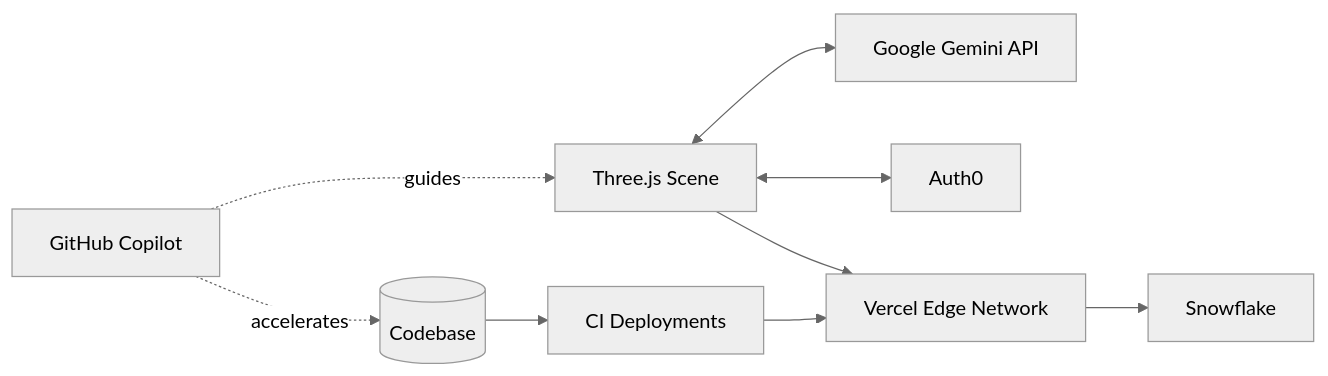
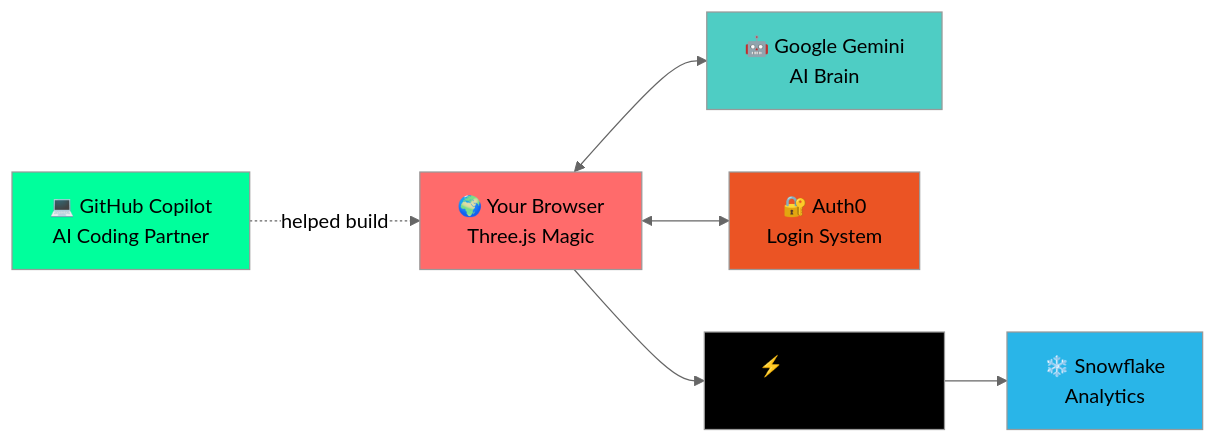
The diagram in README.md (Dronzer2code/solarXplorer), drawn with Mermaid (neutral theme) before and after one commit. The commit also changed other lines of this file, not shown here.

````diff
--- a/README.md
+++ b/README.md
@@ -160,11 +299,22 @@
 ```mermaid
 flowchart LR
-    Browser[Three.js Scene]<-->Gemini[Google Gemini API]
+    Browser[🌍 Your Browser<br/>Three.js Magic]
+    Gemini[🤖 Google Gemini<br/>AI Brain]
+    Auth0[🔐 Auth0<br/>Login System]
+    Vercel[⚡ Vercel Edge<br/>Super Fast Hosting]
+    Snowflake[❄️ Snowflake<br/>Analytics]
+    Copilot[💻 GitHub Copilot<br/>AI Coding Partner]
+    
+    Browser<-->Gemini
     Browser<-->Auth0
-    Browser-->Vercel[Vercel Edge Network]
+    Browser-->Vercel
     Vercel-->Snowflake
-    Copilot[GitHub Copilot]-. guides .->Browser
-    Copilot-. accelerates .->Repo[(Codebase)]
-    Repo-->CI[CI Deployments]
-    CI-->Vercel
+    Copilot-. helped build .->Browser
+    
+    style Browser fill:#FF6B6B
+    style Gemini fill:#4ECDC4
+    style Auth0 fill:#EB5424
+    style Vercel fill:#000000
+    style Snowflake fill:#29B5E8
+    style Copilot fill:#00FF9C
 ```
````
